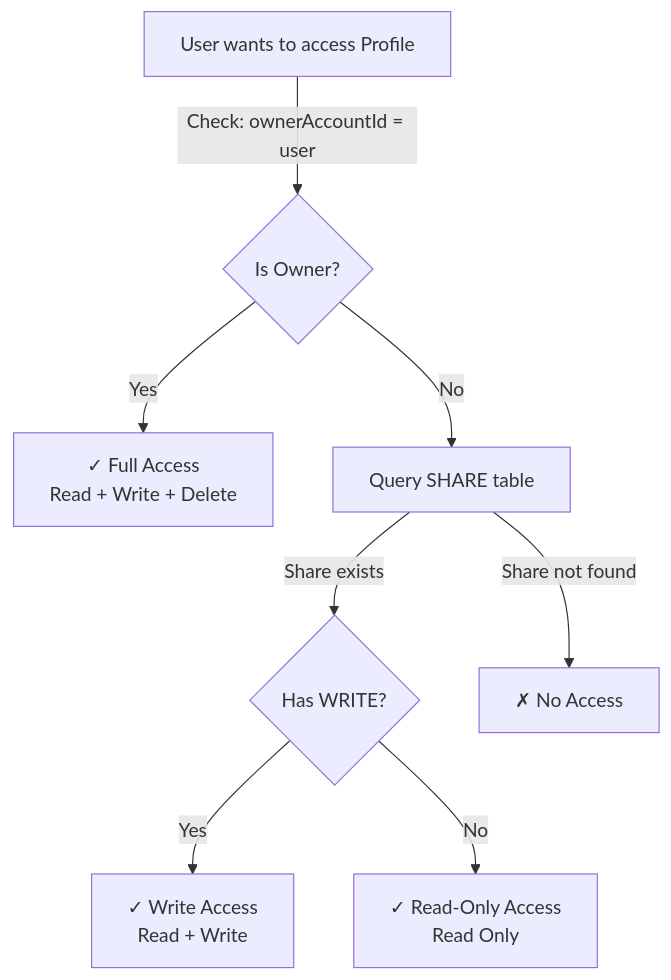
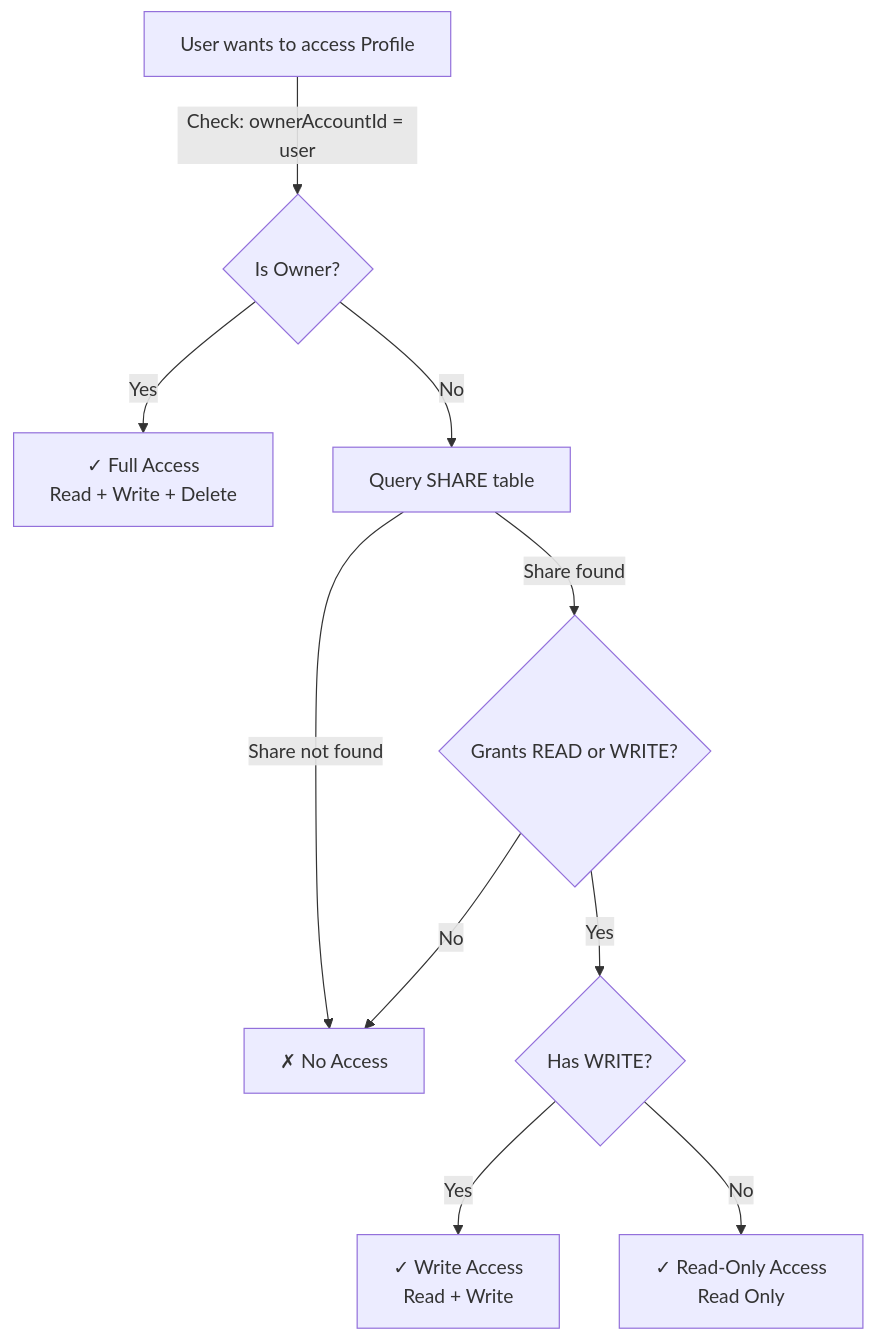
Before and after one commit to dmeiser/kernelworx: the tenth of 13 diagrams in docs/SCHEMA.md, drawn with Mermaid. The commit also changed other lines of this file and 2 other files, not shown here.

Commit message:
no-mistakes(document): Align permission docs with code and format tests

````diff
--- a/docs/SCHEMA.md
+++ b/docs/SCHEMA.md
@@ -302,10 +302,12 @@
 ```mermaid
 graph TD
     A["User wants to access Profile"] -->|Check: ownerAccountId = user| B{Is Owner?}
     B -->|Yes| C["✓ Full Access<br/>Read + Write + Delete"]
     B -->|No| D["Query SHARE table"]
-    D -->|Share exists| E{Has WRITE?}
+    D -->|Share found| G{Grants READ or WRITE?}
     D -->|Share not found| F["✗ No Access"]
-    E -->|Yes| G["✓ Write Access<br/>Read + Write"]
-    E -->|No| H["✓ Read-Only Access<br/>Read Only"]
+    G -->|No| F
+    G -->|Yes| E{Has WRITE?}
+    E -->|Yes| H["✓ Write Access<br/>Read + Write"]
+    E -->|No| I["✓ Read-Only Access<br/>Read Only"]
 ```
````
